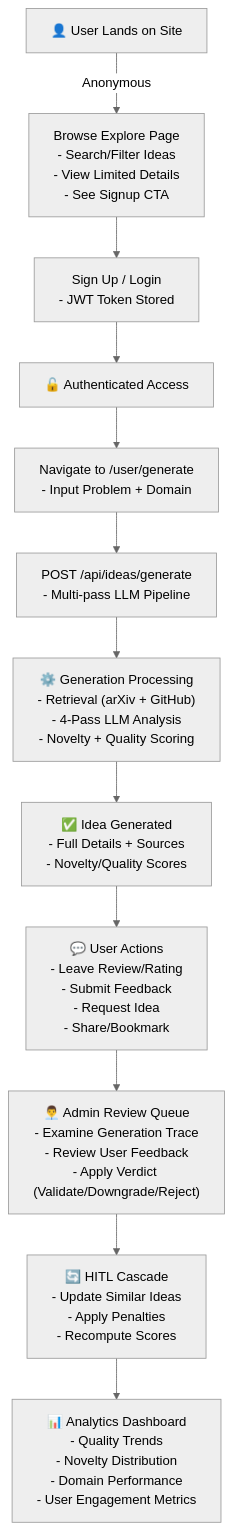
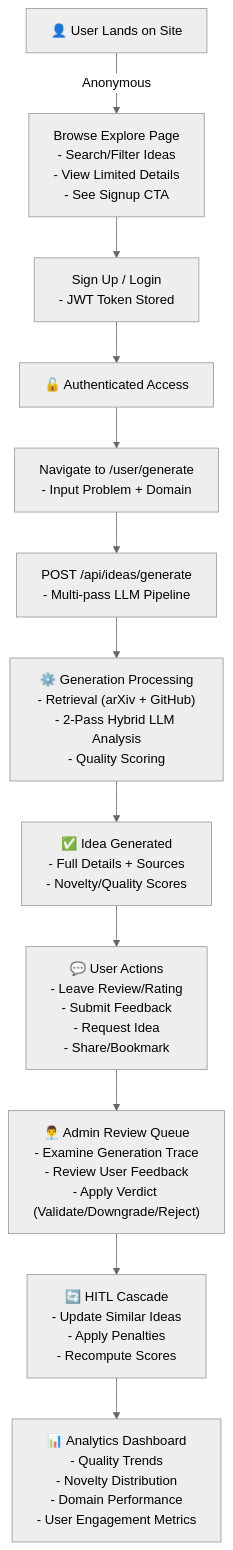
Before and after one commit to Shrx14/InnovateSphere: the first of 7 diagrams in docs/PROJECT_EVALUATION_CONTEXT.md, drawn with Mermaid (neutral theme). The commit also changed other lines of this file and 57 other files, not shown here.

````diff
--- a/docs/PROJECT_EVALUATION_CONTEXT.md
+++ b/docs/PROJECT_EVALUATION_CONTEXT.md
@@ -166,26 +162,26 @@
 ```mermaid
 graph TD
     Start["👤 User Lands on Site"]
     
     Start -->|Anonymous| Browse["Browse Explore Page<br/>- Search/Filter Ideas<br/>- View Limited Details<br/>- See Signup CTA"]
     
     Browse --> SignUp["Sign Up / Login<br/>- JWT Token Stored"]
     
     SignUp --> Auth["🔓 Authenticated Access"]
     
     Auth --> GenPage["Navigate to /user/generate<br/>- Input Problem + Domain"]
     
     GenPage --> Submit["POST /api/ideas/generate<br/>- Multi-pass LLM Pipeline"]
     
-    Submit --> Processing["⚙️ Generation Processing<br/>- Retrieval (arXiv + GitHub)<br/>- 4-Pass LLM Analysis<br/>- Novelty + Quality Scoring"]
+    Submit --> Processing["⚙️ Generation Processing<br/>- Retrieval (arXiv + GitHub)<br/>- 2-Pass Hybrid LLM Analysis<br/>- Quality Scoring"]
     
     Processing --> Success["✅ Idea Generated<br/>- Full Details + Sources<br/>- Novelty/Quality Scores"]
     
     Success --> Actions["💬 User Actions<br/>- Leave Review/Rating<br/>- Submit Feedback<br/>- Request Idea<br/>- Share/Bookmark"]
     
     Actions --> AdminReview["👨‍💼 Admin Review Queue<br/>- Examine Generation Trace<br/>- Review User Feedback<br/>- Apply Verdict (Validate/Downgrade/Reject)"]
     
     AdminReview --> Cascade["🔄 HITL Cascade<br/>- Update Similar Ideas<br/>- Apply Penalties<br/>- Recompute Scores"]
     
     Cascade --> Analytics["📊 Analytics Dashboard<br/>- Quality Trends<br/>- Novelty Distribution<br/>- Domain Performance<br/>- User Engagement Metrics"]
 ```
````
